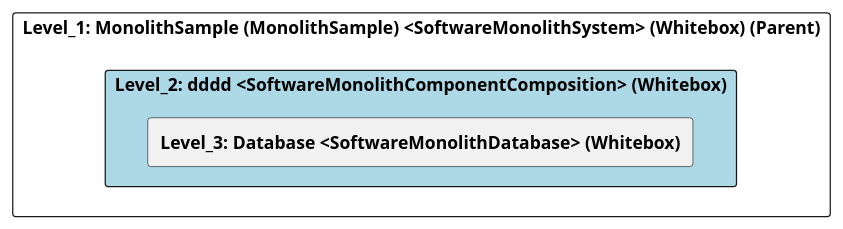
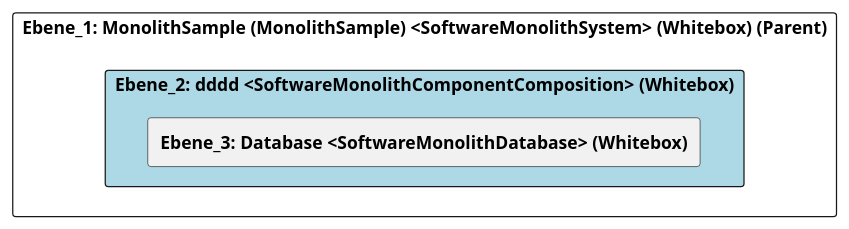
Before and after one commit to marcozwyssig/cleon: the diagram in src/cleon.architecturemethods.arc42.sample/doc/cleon_architecturemethods_arc42_sample_software_monolith/adoc/en/05_building_block_view/monolithsample/dddd/level_2_dddd.adoc, drawn with PlantUML. The commit also changed other lines of this file and 148 other files, not shown here.

```diff
--- a/src/cleon.architecturemethods.arc42.sample/doc/cleon_architecturemethods_arc42_sample_software_monolith/adoc/en/05_building_block_view/monolithsample/dddd/level_2_dddd.adoc
+++ b/src/cleon.architecturemethods.arc42.sample/doc/cleon_architecturemethods_arc42_sample_software_monolith/adoc/en/05_building_block_view/monolithsample/dddd/level_2_dddd.adoc
@@ -20,24 +20,24 @@
-[plantuml, Level_2: dddd <SoftwareMonolithComponentComposition> (Whitebox)BlockOverview, format="svg"]
+[plantuml, Ebene_2: dddd <SoftwareMonolithComponentComposition> (Whitebox)BlockOverview, format="svg"]
 ----
-@startuml Level_2: dddd <SoftwareMonolithComponentComposition> (Whitebox)BuildingBlockOverview
+@startuml Ebene_2: dddd <SoftwareMonolithComponentComposition> (Whitebox)BuildingBlockOverview
 
 skinparam ranksep 10
 skinparam componentStyle rectangle
 skinparam shadowing false
 skinparam arrowColor lightblue
 skinparam arrowThickness 1.2
 skinparam rectangle {
   BackgroundColor White
   BorderColor #333
   RoundCorner 10
 }
 top to bottom direction
 
-component "Level_1: MonolithSample (MonolithSample) <SoftwareMonolithSystem> (Whitebox) (Parent)" {
-    component "Level_2: dddd <SoftwareMonolithComponentComposition> (Whitebox)" #lightblue {
-        [**Level_3: Database <SoftwareMonolithDatabase> (Whitebox)**] as 958E2EF1_CB0A_11F0_AD08_33C52ACB975F
+component "Ebene_1: MonolithSample (MonolithSample) <SoftwareMonolithSystem> (Whitebox) (Parent)" {
+    component "Ebene_2: dddd <SoftwareMonolithComponentComposition> (Whitebox)" #lightblue {
+        [**Ebene_3: Database <SoftwareMonolithDatabase> (Whitebox)**] as 958E2EF1_CB0A_11F0_AD08_33C52ACB975F
     }
 }
 
 @enduml
 ----
```
